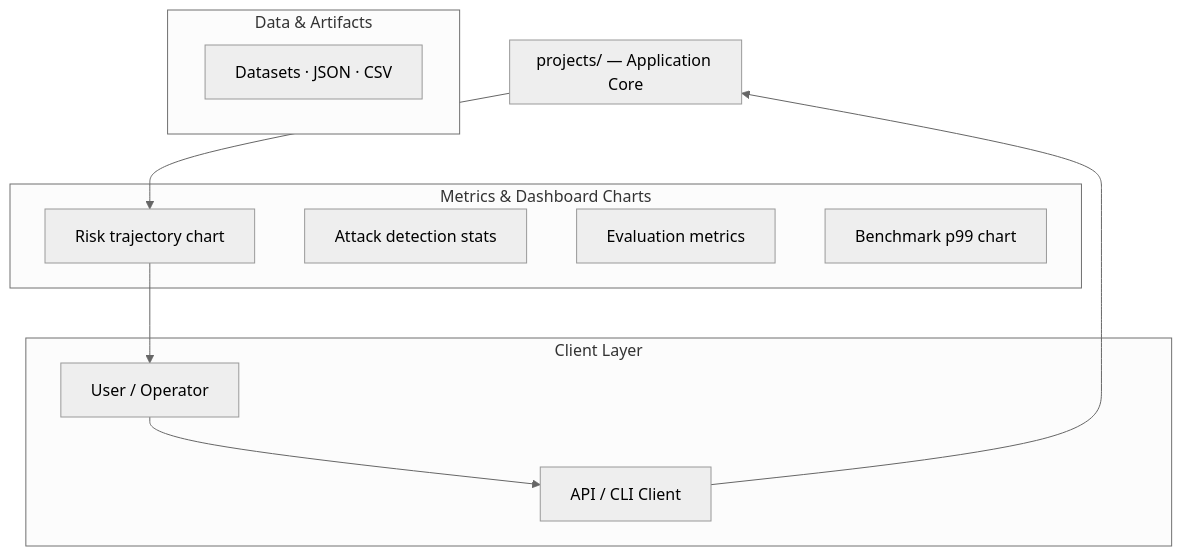
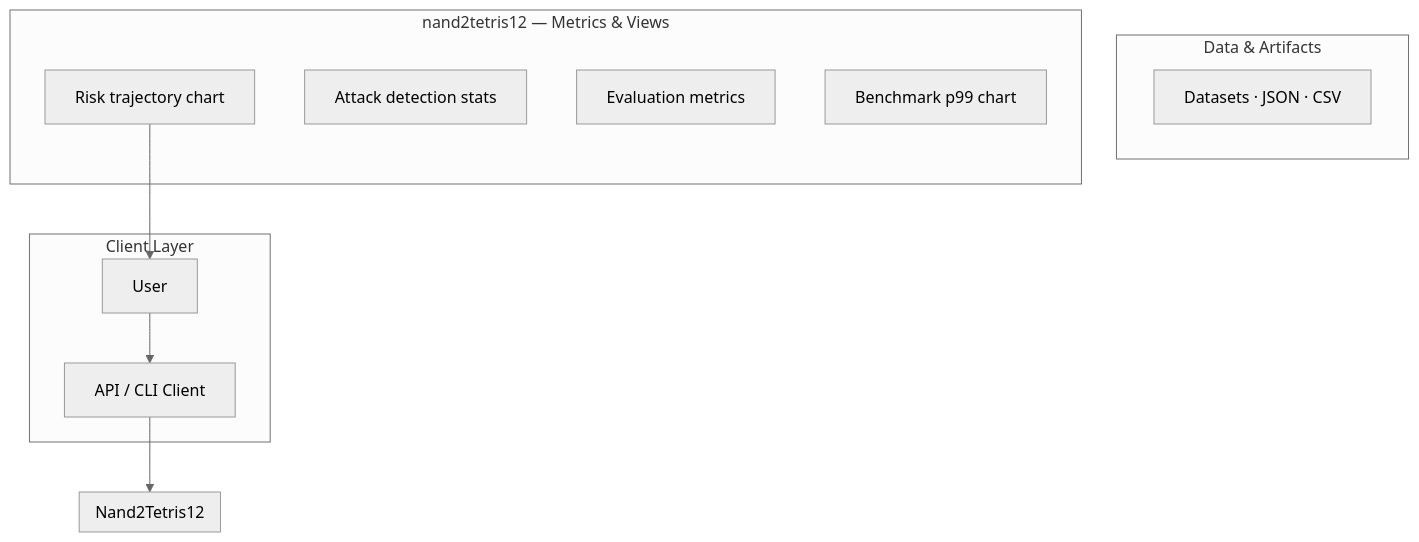
Before and after one commit to Punyamittal/nand2tetris12: the first of 3 diagrams in README.md, drawn with Mermaid (neutral theme). The commit also changed other lines of this file, not shown here.

````diff
--- a/README.md
+++ b/README.md
@@ -67,26 +47,25 @@
 ```mermaid
 graph TB
     subgraph Client["Client Layer"]
-        user["User / Operator"]
+        user["User"]
         api_client["API / CLI Client"]
     end
 
-    subgraph Core["projects/ — Application Core"]
+    subgraph Core["Nand2Tetris12"]
     end
 
     subgraph Data["Data & Artifacts"]
         datasets["Datasets · JSON · CSV"]
     end
 
-    subgraph Charts["Metrics & Dashboard Charts"]
+    subgraph Charts["nand2tetris12 — Metrics & Views"]
         risk_trajectory["Risk trajectory chart"]
         attack_stats["Attack detection stats"]
         eval_metrics["Evaluation metrics"]
         benchmark_p99["Benchmark p99 chart"]
     end
 
     user --> api_client
     api_client --> Core
-    Core --> risk_trajectory
     risk_trajectory --> user
 ```
````
